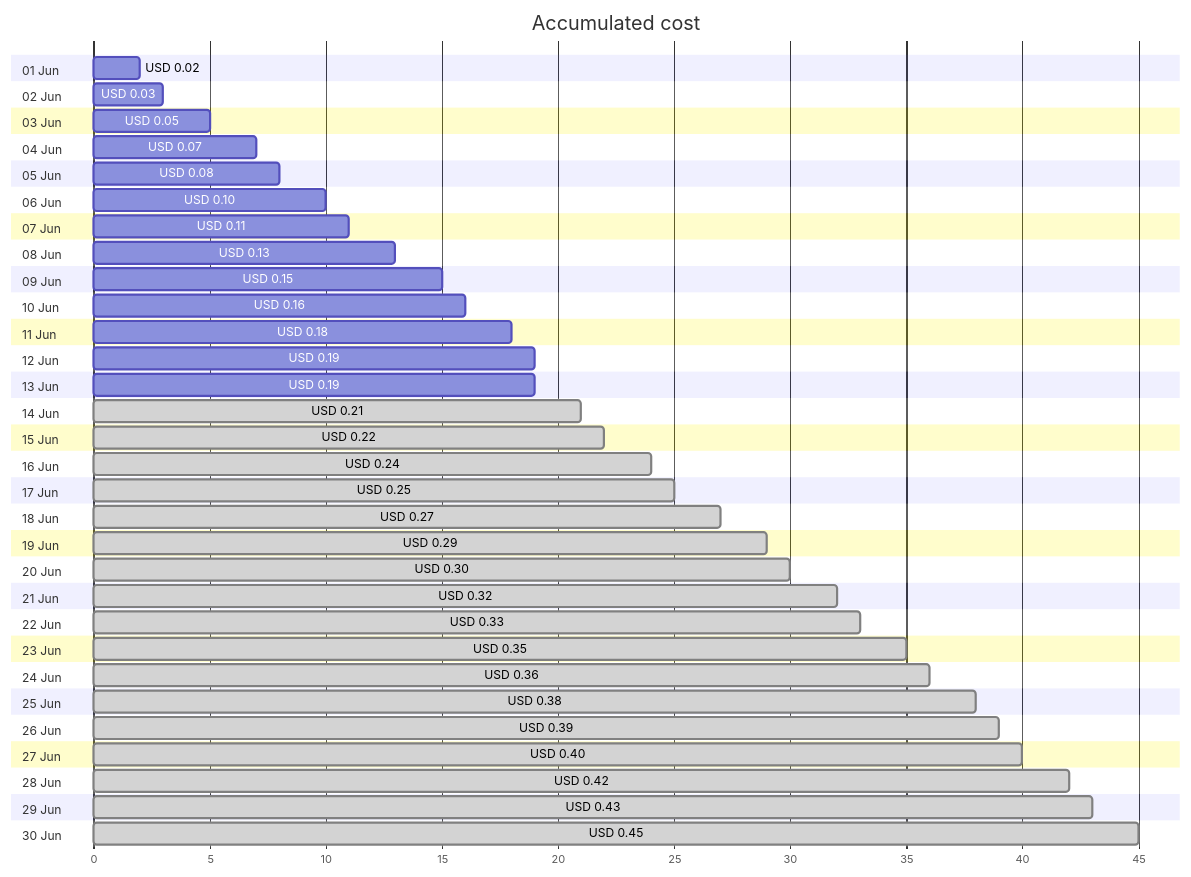
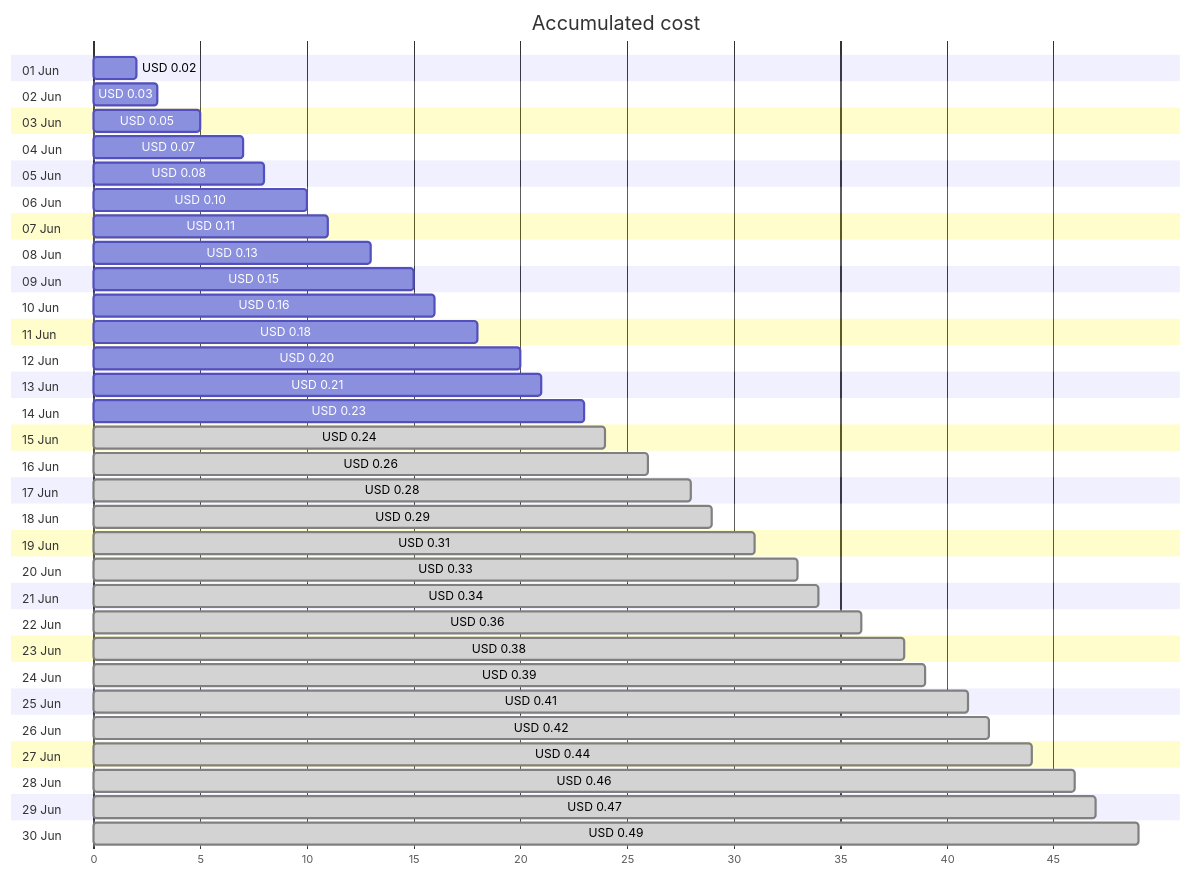
The first of 4 diagrams in cost-reports/personal-dns/jpatrickfulton.com.md (jpfulton/azure-personal-reports), drawn with Mermaid before and after one commit. The commit also changed other lines of this file and 2 other files, not shown here.

Commit message:
Generated reports [skip ci]

````diff
--- a/cost-reports/personal-dns/jpatrickfulton.com.md
+++ b/cost-reports/personal-dns/jpatrickfulton.com.md
@@ -20,66 +20,66 @@
 ```mermaid
 gantt
    title Accumulated cost
    dateFormat  X
    axisFormat %s
    section 01 Jun
    USD 0.02 :0, 2
    section 02 Jun
    USD 0.03 :0, 3
    section 03 Jun
    USD 0.05 :0, 5
    section 04 Jun
    USD 0.07 :0, 7
    section 05 Jun
    USD 0.08 :0, 8
    section 06 Jun
    USD 0.10 :0, 10
    section 07 Jun
    USD 0.11 :0, 11
    section 08 Jun
    USD 0.13 :0, 13
    section 09 Jun
    USD 0.15 :0, 15
    section 10 Jun
    USD 0.16 :0, 16
    section 11 Jun
    USD 0.18 :0, 18
    section 12 Jun
-   USD 0.19 :0, 19
+   USD 0.20 :0, 20
    section 13 Jun
-   USD 0.19 :0, 19
+   USD 0.21 :0, 21
    section 14 Jun
-   USD 0.21 : done, 0, 21
+   USD 0.23 :0, 23
    section 15 Jun
-   USD 0.22 : done, 0, 22
+   USD 0.24 : done, 0, 24
    section 16 Jun
-   USD 0.24 : done, 0, 24
+   USD 0.26 : done, 0, 26
    section 17 Jun
-   USD 0.25 : done, 0, 25
+   USD 0.28 : done, 0, 28
    section 18 Jun
-   USD 0.27 : done, 0, 27
+   USD 0.29 : done, 0, 29
    section 19 Jun
-   USD 0.29 : done, 0, 29
+   USD 0.31 : done, 0, 31
    section 20 Jun
-   USD 0.30 : done, 0, 30
+   USD 0.33 : done, 0, 33
    section 21 Jun
-   USD 0.32 : done, 0, 32
+   USD 0.34 : done, 0, 34
    section 22 Jun
-   USD 0.33 : done, 0, 33
+   USD 0.36 : done, 0, 36
    section 23 Jun
-   USD 0.35 : done, 0, 35
+   USD 0.38 : done, 0, 38
    section 24 Jun
-   USD 0.36 : done, 0, 36
+   USD 0.39 : done, 0, 39
    section 25 Jun
-   USD 0.38 : done, 0, 38
+   USD 0.41 : done, 0, 41
    section 26 Jun
-   USD 0.39 : done, 0, 39
+   USD 0.42 : done, 0, 42
    section 27 Jun
-   USD 0.40 : done, 0, 40
+   USD 0.44 : done, 0, 44
    section 28 Jun
-   USD 0.42 : done, 0, 42
+   USD 0.46 : done, 0, 46
    section 29 Jun
-   USD 0.43 : done, 0, 43
+   USD 0.47 : done, 0, 47
    section 30 Jun
-   USD 0.45 : done, 0, 45
+   USD 0.49 : done, 0, 49
 ```
````
